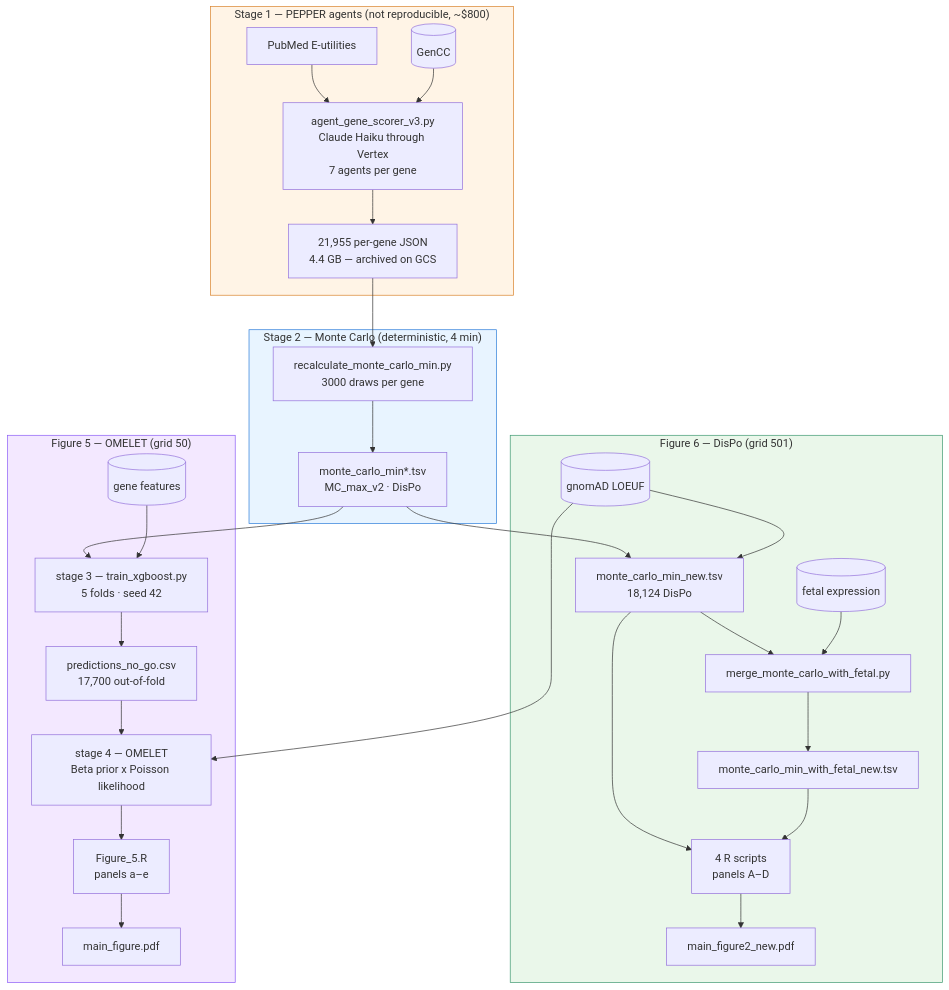
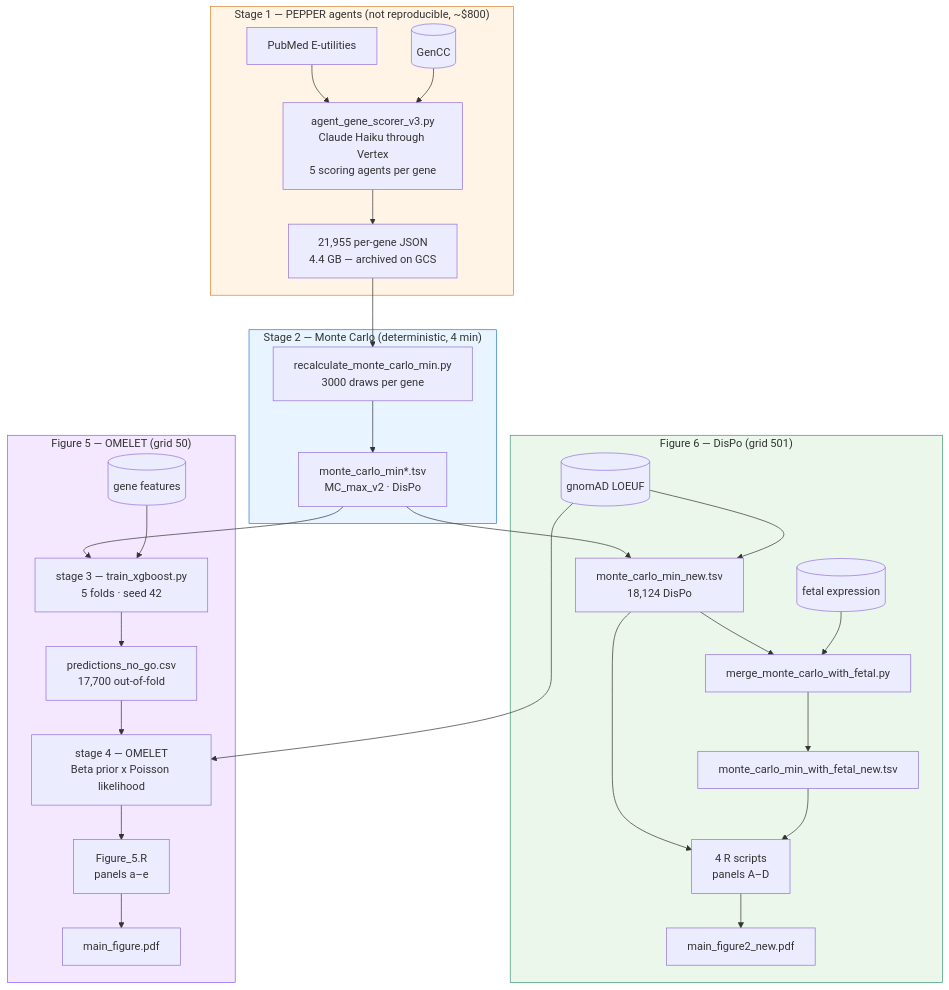
One commit to atgu/gnomAD_v4_flagship_paper changed the diagram in agentic_pipeline/README.md. Above: the diagram before and after it, drawn with Mermaid.

Commit message:
Count the five scoring agents, matching the paper's Figure 5a
The diagram said seven agents per gene, counting two auxiliary calls that the
paper does not present as part of PEPPER. Five agents produce the scores the
pipeline consumes, so the two READMEs now agree.

````diff
--- a/agentic_pipeline/README.md
+++ b/agentic_pipeline/README.md
@@ -38,40 +38,40 @@
 ```mermaid
 flowchart TD
     subgraph S1["Stage 1 — PEPPER agents (not reproducible, ~$800)"]
         PM[PubMed E-utilities] --> AG
         GC[(GenCC)] --> AG
-        AG["agent_gene_scorer_v3.py<br/>Claude Haiku through Vertex<br/>7 agents per gene"]
+        AG["agent_gene_scorer_v3.py<br/>Claude Haiku through Vertex<br/>5 scoring agents per gene"]
         AG --> JSON["21,955 per-gene JSON<br/>4.4 GB — archived on GCS"]
     end
 
     subgraph S2["Stage 2 — Monte Carlo (deterministic, 4 min)"]
         JSON --> MC["recalculate_monte_carlo_min.py<br/>3000 draws per gene"]
         MC --> MCT["monte_carlo_min*.tsv<br/>MC_max_v2 · DisPo"]
     end
 
     subgraph F6["Figure 6 — DisPo (grid 501)"]
         MCT --> TSV["monte_carlo_min_new.tsv<br/>18,124 DisPo"]
         LO[("gnomAD LOEUF")] --> TSV
         TSV --> MG[merge_monte_carlo_with_fetal.py]
         FE[("fetal expression")] --> MG
         MG --> TSVF[monte_carlo_min_with_fetal_new.tsv]
         TSV --> P6["4 R scripts<br/>panels A–D"]
         TSVF --> P6
         P6 --> FIG6["main_figure2_new.pdf"]
     end
 
     subgraph F5["Figure 5 — OMELET (grid 50)"]
         MCT --> XGB["stage 3 — train_xgboost.py<br/>5 folds · seed 42"]
         GF[("gene features")] --> XGB
         XGB --> PRED["predictions_no_go.csv<br/>17,700 out-of-fold"]
         PRED --> OM["stage 4 — OMELET<br/>Beta prior x Poisson likelihood"]
         LO --> OM
         OM --> P5["Figure_5.R<br/>panels a–e"]
         P5 --> FIG5["main_figure.pdf"]
     end
 
     style S1 fill:#fff4e6,stroke:#d9822b
     style S2 fill:#e8f4ff,stroke:#2b7cd9
     style F6 fill:#eaf7ea,stroke:#3d9970
     style F5 fill:#f3e8ff,stroke:#8b5cf6
 ```
````
